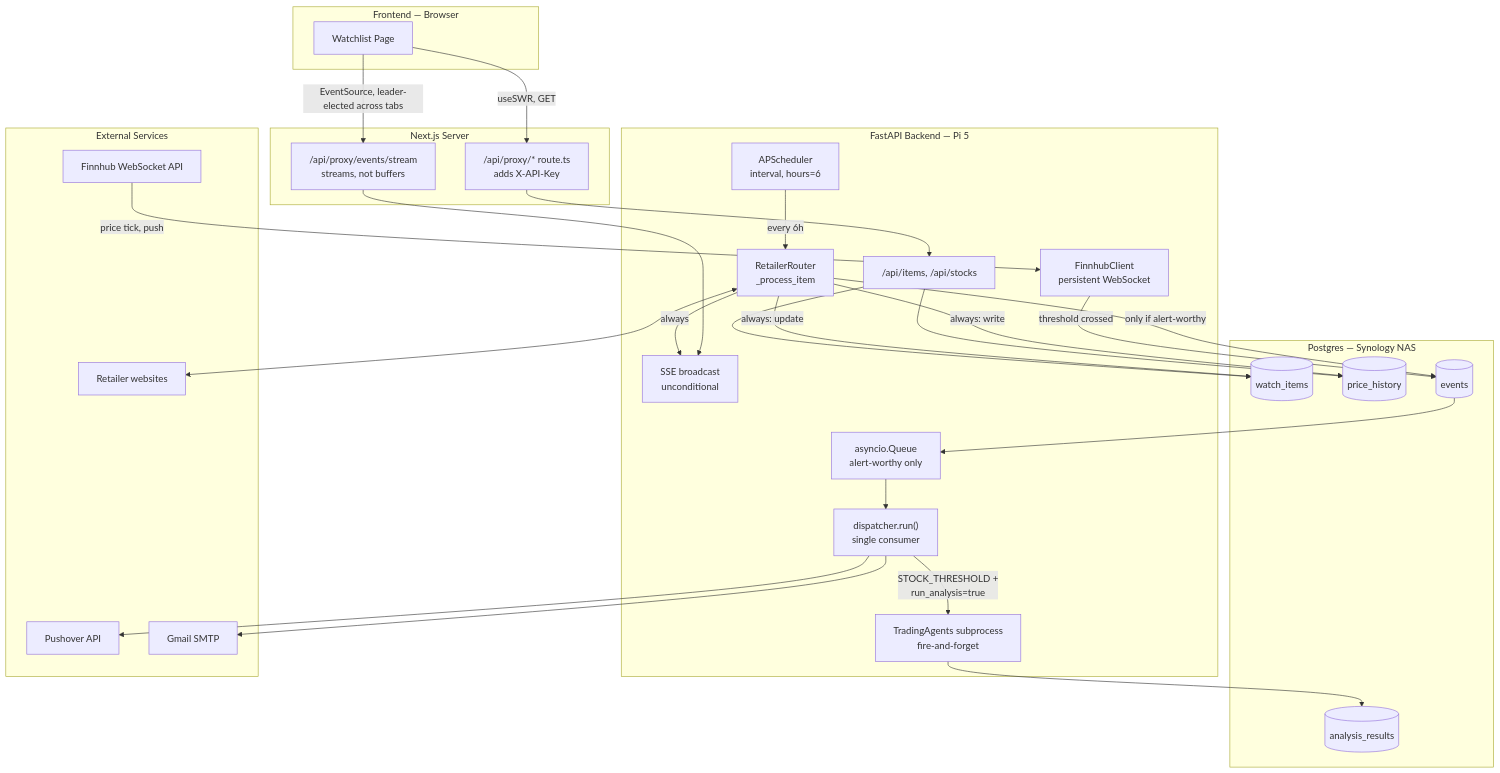
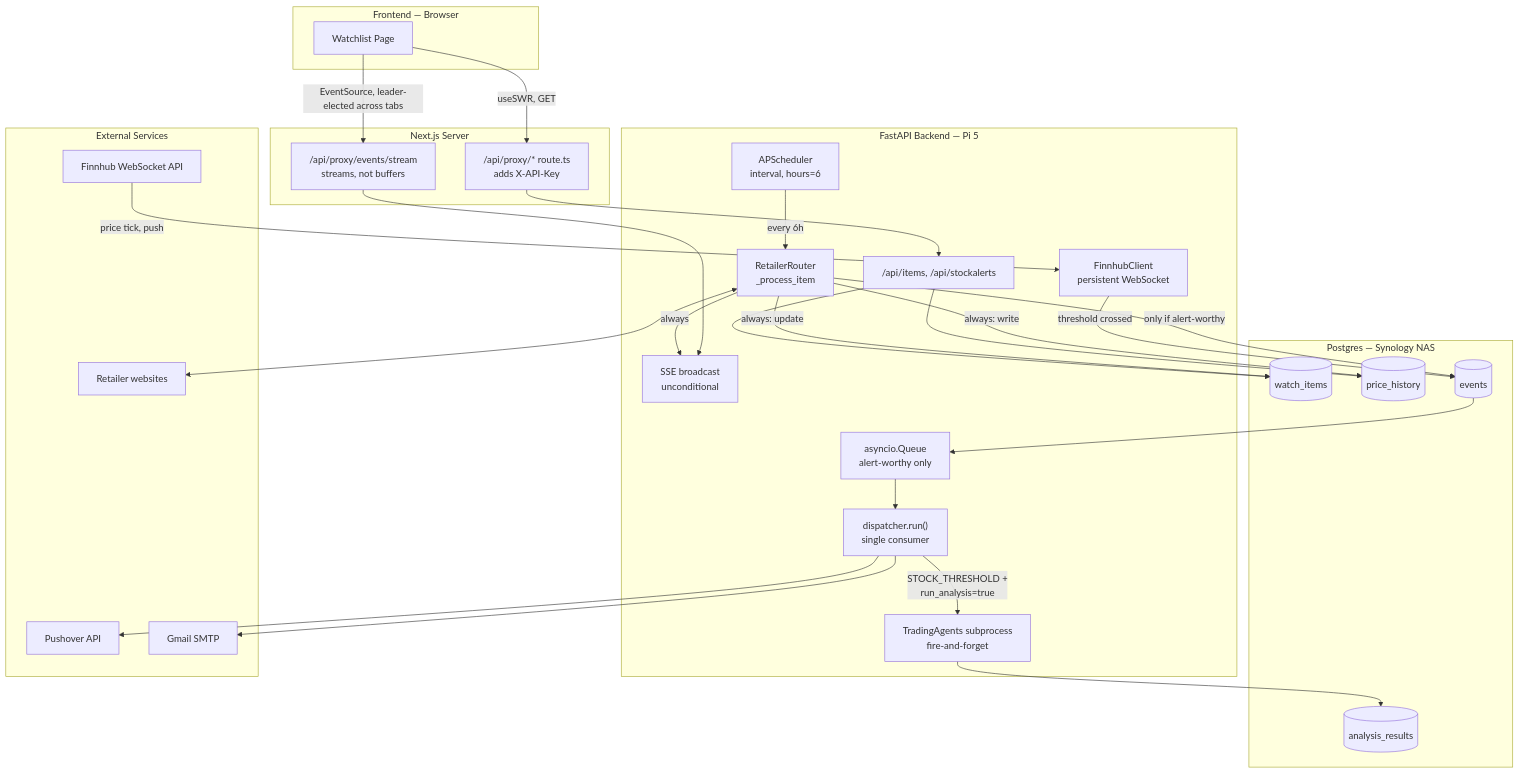
The diagram in .doc/architecture.md (kiyoundev/youn-server), drawn with Mermaid before and after one commit. The commit also changed other lines of this file and 35 other files, not shown here.

````diff
--- a/.doc/architecture.md
+++ b/.doc/architecture.md
@@ -9,54 +9,54 @@
 ```mermaid
 flowchart TD
     subgraph FE["Frontend — Browser"]
         UI["Watchlist Page"]
     end
 
     subgraph NEXT["Next.js Server"]
         PROXY["/api/proxy/* route.ts<br/>adds X-API-Key"]
         SSEPROXY["/api/proxy/events/stream<br/>streams, not buffers"]
     end
 
     subgraph BE["FastAPI Backend — Pi 5"]
-        API["/api/items, /api/stocks"]
+        API["/api/items, /api/stockalerts"]
         SCHED["APScheduler<br/>interval, hours=6"]
         SCRAPE["RetailerRouter<br/>_process_item"]
         BCAST["SSE broadcast<br/>unconditional"]
         QUEUE["asyncio.Queue<br/>alert-worthy only"]
         DISP["dispatcher.run()<br/>single consumer"]
         FINN["FinnhubClient<br/>persistent WebSocket"]
         TA["TradingAgents subprocess<br/>fire-and-forget"]
     end
 
     subgraph DB["Postgres — Synology NAS"]
         WI[("watch_items")]
         PH[("price_history")]
         EV[("events")]
         AR[("analysis_results")]
     end
 
     subgraph EXT["External Services"]
         RETAIL["Retailer websites"]
         FINNAPI["Finnhub WebSocket API"]
         PUSH["Pushover API"]
         MAIL["Gmail SMTP"]
     end
 
     UI -- "useSWR, GET" --> PROXY --> API
     UI -- "EventSource, leader-elected across tabs" --> SSEPROXY --> BCAST
 
     SCHED -- "every 6h" --> SCRAPE
     SCRAPE <--> RETAIL
     SCRAPE -- "always: write" --> PH
     SCRAPE -- "always: update" --> WI
     SCRAPE -- "always" --> BCAST
     SCRAPE -- "only if alert-worthy" --> EV --> QUEUE --> DISP
     DISP --> PUSH
     DISP --> MAIL
     DISP -- "STOCK_THRESHOLD +<br/>run_analysis=true" --> TA --> AR
 
     FINNAPI -- "price tick, push" --> FINN -- "threshold crossed" --> EV
 
     API --> WI
     API --> PH
 ```
````
